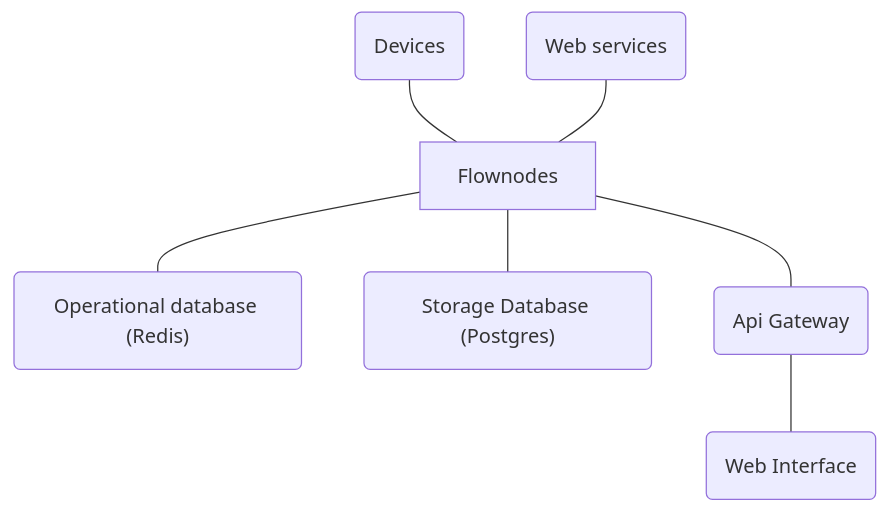
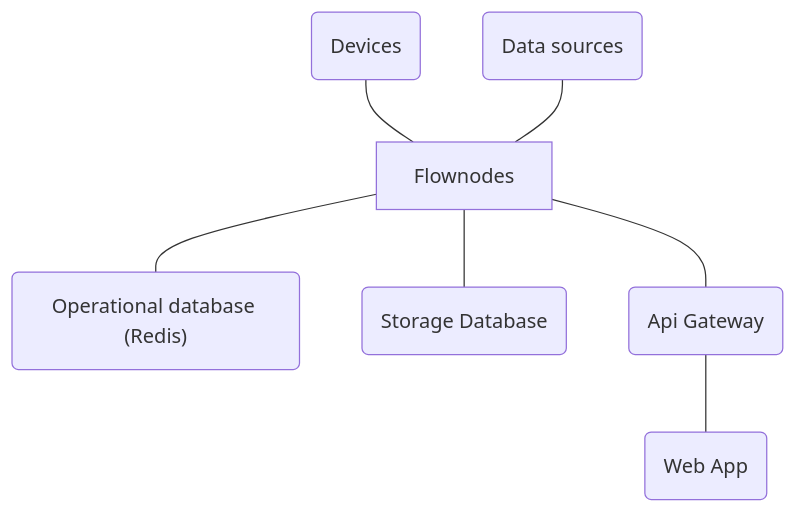
One commit to coderynx/flownodes changed the diagram in README.md. Above: the diagram before and after it, drawn with Mermaid. The commit also changed other lines of this file, not shown here.

````diff
--- a/README.md
+++ b/README.md
@@ -21,9 +8,9 @@
 ```mermaid
 graph TD
     Devices(Devices) --- Flownodes
-    WebServices(Web services) --- Flownodes
+    DataSources(Data sources) --- Flownodes
     Flownodes --- OperationalDatabase("Operational database (Redis)")
-    Flownodes --- StorageDatabase("Storage Database (Postgres)")
+    Flownodes --- StorageDatabase("Storage Database")
     Flownodes --- ApiGateway(Api Gateway)
-    ApiGateway --- WebInterface(Web Interface)
+    ApiGateway --- WebApp(Web App)
 ```
````
